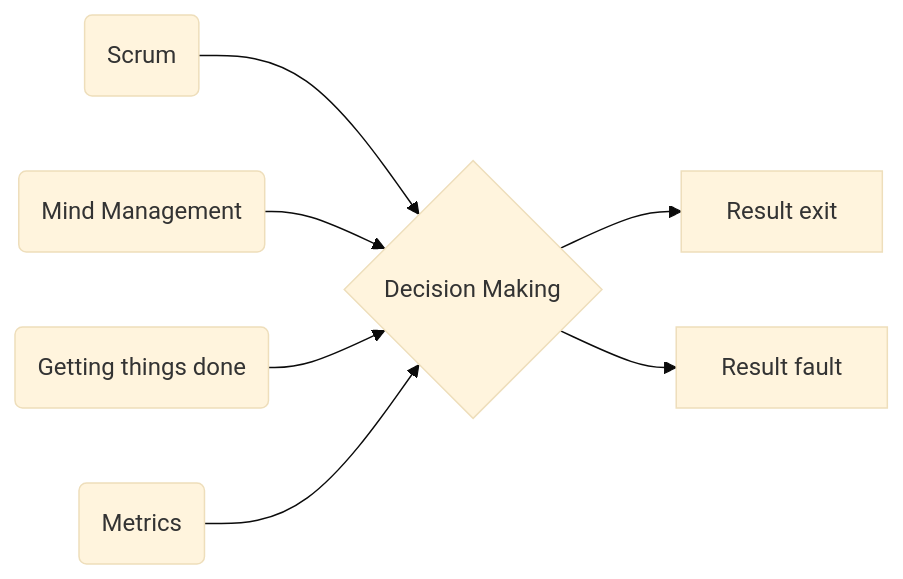
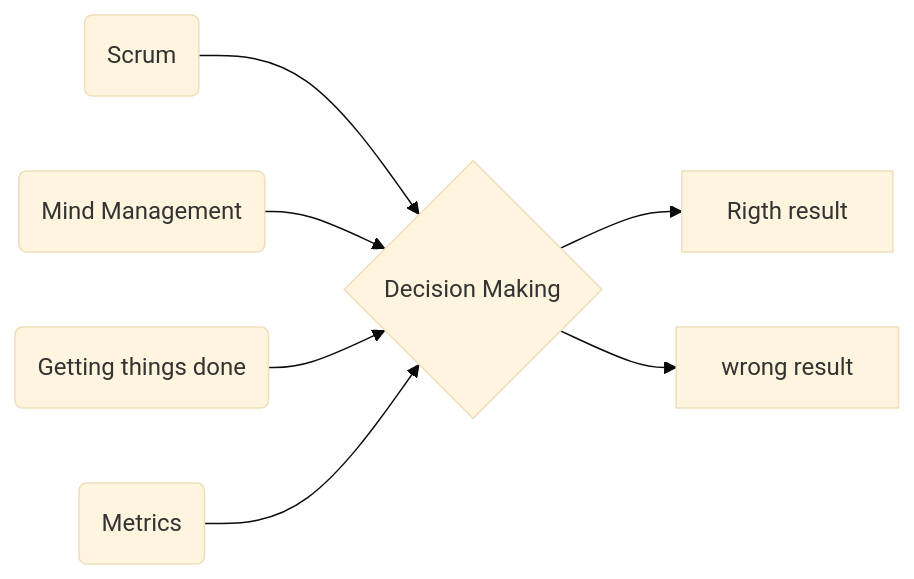
Before and after one commit to rarmero/appwebcifolavioleta: the diagram in web/index.qmd, drawn with Mermaid (base theme).

Commit message:
correctiona main page

````diff
--- a/web/index.qmd
+++ b/web/index.qmd
@@ -20,9 +20,9 @@
 ```{mermaid}
 flowchart LR
   A(Scrum) --> E{Decision Making}
   B(Mind Management) --> E
   C(Getting things done) --> E{Decision Making}
   D(Metrics) --> E{Decision Making}
-  E --> F[Result exit]
-  E --> G[Result fault]
+  E --> F[Rigth result]
+  E --> G[wrong result]
 ```
````
